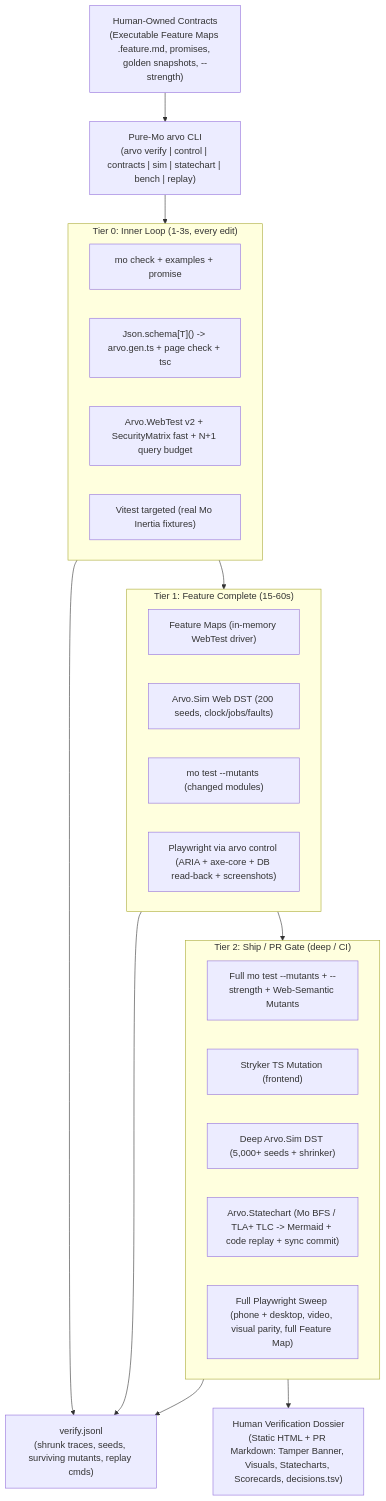
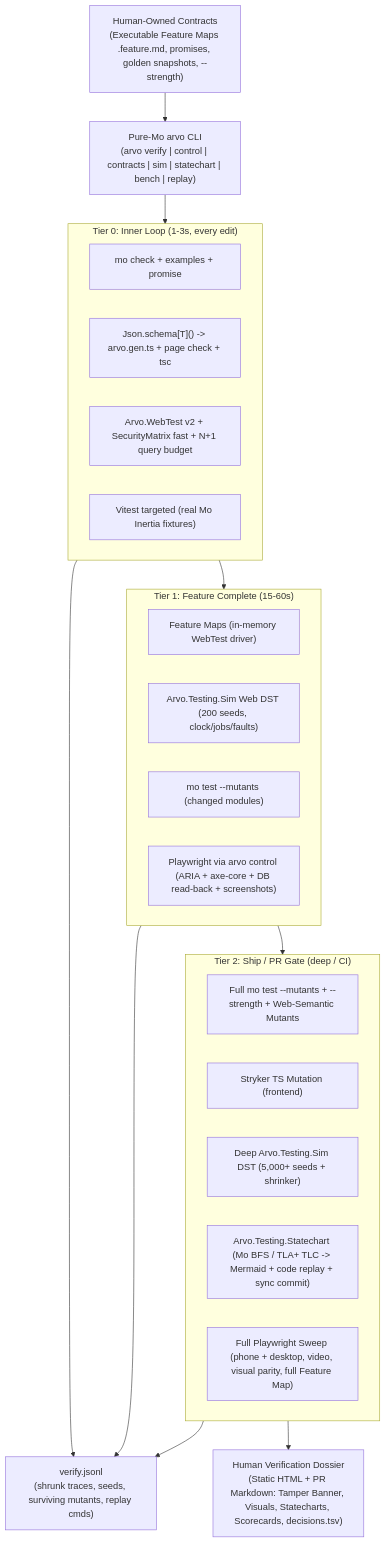
Before and after one commit to robertguss/arvo: the diagram in docs/arvo-testing-plan.md, drawn with Mermaid. The commit also changed other lines of this file and 1 other file, not shown here.

Commit message:
docs(testing): clarify Arvo verification scope and commands

````diff
--- a/docs/arvo-testing-plan.md
+++ b/docs/arvo-testing-plan.md
@@ -37,39 +38,39 @@
 ```mermaid
 flowchart TD
   Specs["Human-Owned Contracts<br/>(Executable Feature Maps .feature.md, promises, golden snapshots, --strength)"]
   CLI["Pure-Mo arvo CLI<br/>(arvo verify | control | contracts | sim | statechart | bench | replay)"]
 
   subgraph T0["Tier 0: Inner Loop (1-3s, every edit)"]
     MoCheck["mo check + examples + promise"]
     ContractGen["Json.schema[T]() -> arvo.gen.ts + page check + tsc"]
     WebFast["Arvo.WebTest v2 + SecurityMatrix fast + N+1 query budget"]
     VitestFast["Vitest targeted (real Mo Inertia fixtures)"]
   end
 
   subgraph T1["Tier 1: Feature Complete (15-60s)"]
     FeatInMem["Feature Maps (in-memory WebTest driver)"]
-    SimShort["Arvo.Sim Web DST (200 seeds, clock/jobs/faults)"]
+    SimShort["Arvo.Testing.Sim Web DST (200 seeds, clock/jobs/faults)"]
     MutInc["mo test --mutants (changed modules)"]
     PwSmoke["Playwright via arvo control (ARIA + axe-core + DB read-back + screenshots)"]
   end
 
   subgraph T2["Tier 2: Ship / PR Gate (deep / CI)"]
     MutFull["Full mo test --mutants + --strength + Web-Semantic Mutants"]
     Stryker["Stryker TS Mutation (frontend)"]
-    SimDeep["Deep Arvo.Sim DST (5,000+ seeds + shrinker)"]
-    Statechart["Arvo.Statechart (Mo BFS / TLA+ TLC -> Mermaid + code replay + sync commit)"]
+    SimDeep["Deep Arvo.Testing.Sim DST (5,000+ seeds + shrinker)"]
+    Statechart["Arvo.Testing.Statechart (Mo BFS / TLA+ TLC -> Mermaid + code replay + sync commit)"]
     PwFull["Full Playwright Sweep (phone + desktop, video, visual parity, full Feature Map)"]
   end
 
   AgentOut["verify.jsonl<br/>(shrunk traces, seeds, surviving mutants, replay cmds)"]
   Dossier["Human Verification Dossier<br/>(Static HTML + PR Markdown: Tamper Banner, Visuals, Statecharts, Scorecards, decisions.tsv)"]
 
   Specs --> CLI
   CLI --> T0
   T0 --> T1
   T1 --> T2
   T0 --> AgentOut
   T1 --> AgentOut
   T2 --> AgentOut
   T2 --> Dossier
 ```
````
